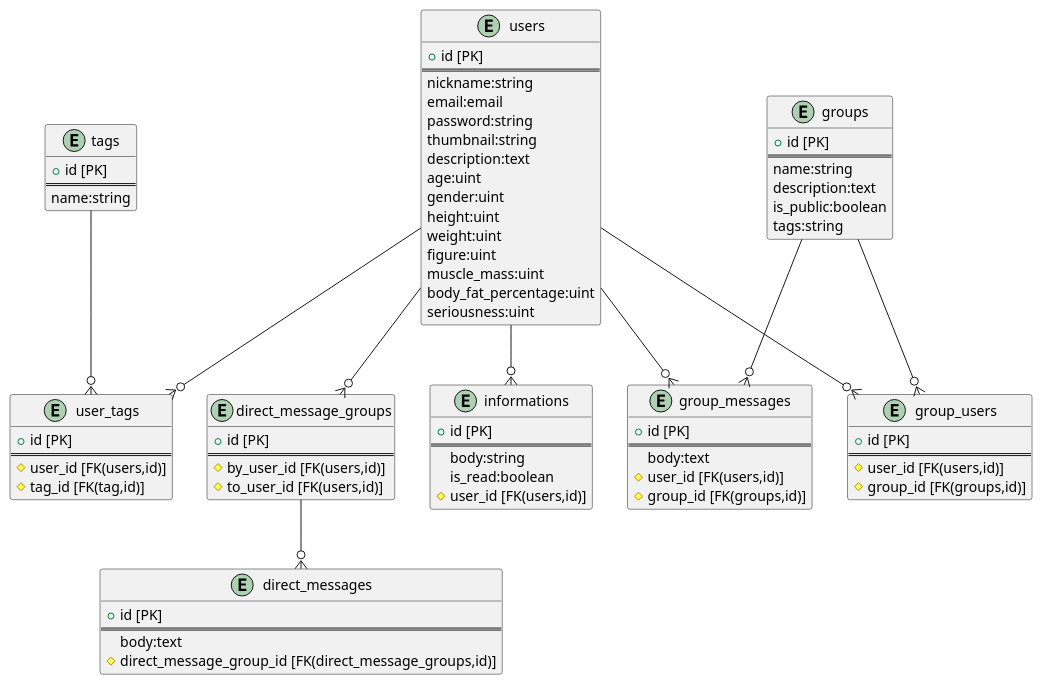
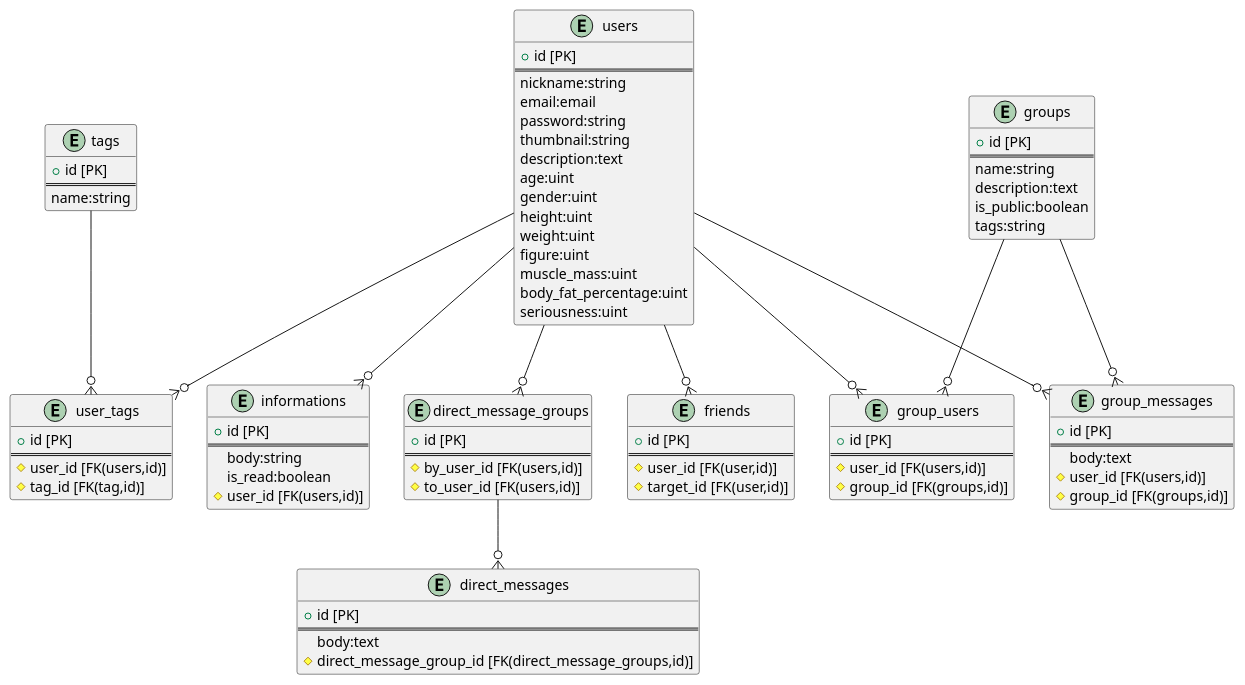
The diagram in docs/ER.md (NAKKA-K/musclers), drawn with PlantUML before and after one commit.

Commit message:
Add friends table

````diff
--- a/docs/ER.md
+++ b/docs/ER.md
@@ -90,5 +90,13 @@
 users --o{ direct_message_groups
 direct_message_groups --o{ direct_messages
 
+entity "friends" {
+    + id [PK]
+    ==
+    # user_id [FK(user,id)]
+    # target_id [FK(user,id)]
+}
+users --o{ friends
+
 @enduml
 ```
````
